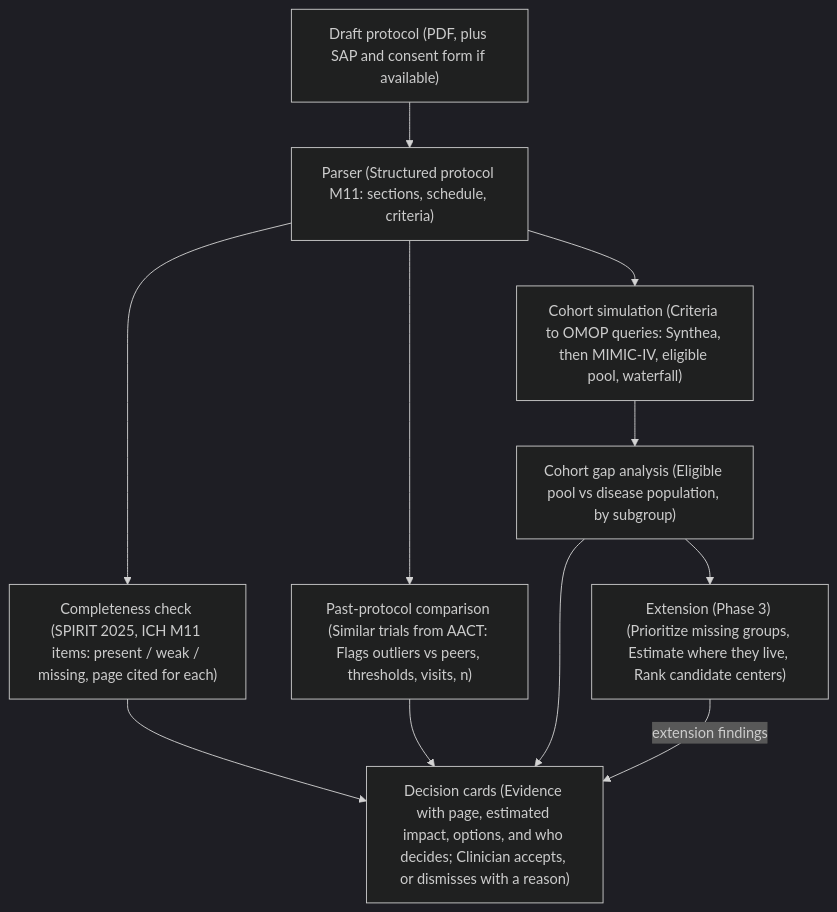
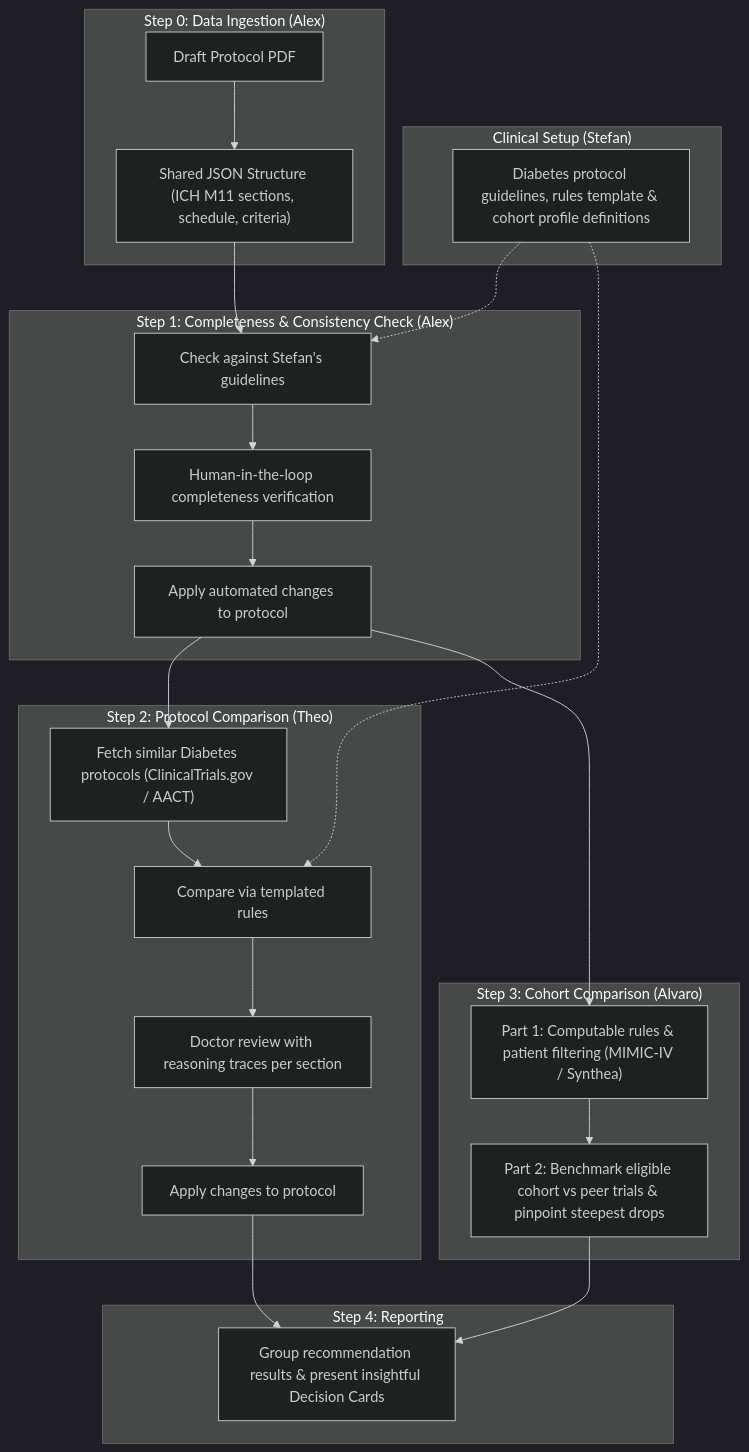
One commit to elmerescandon/spanish-ai-agentverse changed the diagram in PROJECT.md. Above: the diagram before and after it, drawn with Mermaid (dark theme). The commit also changed other lines of this file, not shown here.

Commit message:
streamline PROJECT.md around Diabetes pipeline and team task checklist

````diff
--- a/PROJECT.md
+++ b/PROJECT.md
@@ -5,13 +22,37 @@
 ```mermaid
 flowchart TD
-    A["Draft protocol (PDF, plus SAP and consent form if available)"] --> B["Parser (Structured protocol M11: sections, schedule, criteria)"]
-    B --> C["Completeness check (SPIRIT 2025, ICH M11 items: present / weak / missing, page cited for each)"]
-    B --> D["Past-protocol comparison (Similar trials from AACT: Flags outliers vs peers, thresholds, visits, n)"]
-    B --> E["Cohort simulation (Criteria to OMOP queries: Synthea, then MIMIC-IV, eligible pool, waterfall)"]
-    E --> F["Cohort gap analysis (Eligible pool vs disease population, by subgroup)"]
-    C --> G["Decision cards (Evidence with page, estimated impact, options, and who decides; Clinician accepts, or dismisses with a reason)"]
-    D --> G
-    F --> G
-    F --> H["Extension (Phase 3) (Prioritize missing groups, Estimate where they live, Rank candidate centers)"]
-    H -->|"extension findings"| G
+    subgraph Setup["Clinical Setup (Stefan)"]
+        S1["Diabetes protocol guidelines, rules template & cohort profile definitions"]
+    end
+
+    subgraph Step0["Step 0: Data Ingestion (Alex)"]
+        P0["Draft Protocol PDF"] --> P1["Shared JSON Structure (ICH M11 sections, schedule, criteria)"]
+    end
+
+    subgraph Step1["Step 1: Completeness & Consistency Check (Alex)"]
+        C1["Check against Stefan's guidelines"] --> C2["Human-in-the-loop completeness verification"]
+        C2 --> C3["Apply automated changes to protocol"]
+    end
+
+    subgraph Step2["Step 2: Protocol Comparison (Theo)"]
+        T1["Fetch similar Diabetes protocols (ClinicalTrials.gov / AACT)"] --> T2["Compare via templated rules"]
+        T2 --> T3["Doctor review with reasoning traces per section"]
+        T3 --> T4["Apply changes to protocol"]
+    end
+
+    subgraph Step3["Step 3: Cohort Comparison (Alvaro)"]
+        A1["Part 1: Computable rules & patient filtering (MIMIC-IV / Synthea)"] --> A2["Part 2: Benchmark eligible cohort vs peer trials & pinpoint steepest drops"]
+    end
+
+    subgraph Step4["Step 4: Reporting"]
+        R1["Group recommendation results & present insightful Decision Cards"]
+    end
+
+    S1 -.-> C1
+    S1 -.-> T2
+    P1 --> C1
+    C3 --> T1
+    C3 --> A1
+    T4 --> R1
+    A2 --> R1
 ```
````
